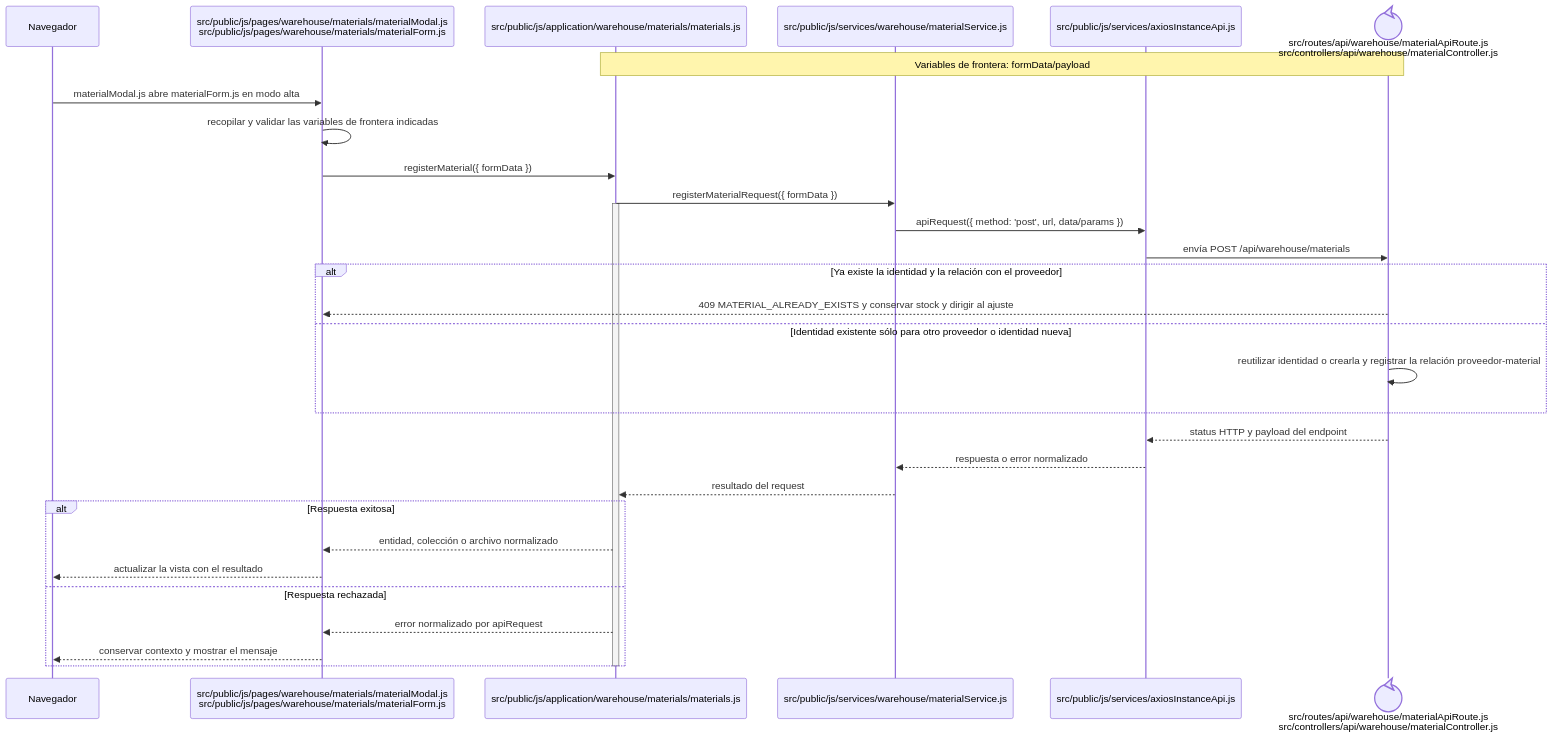
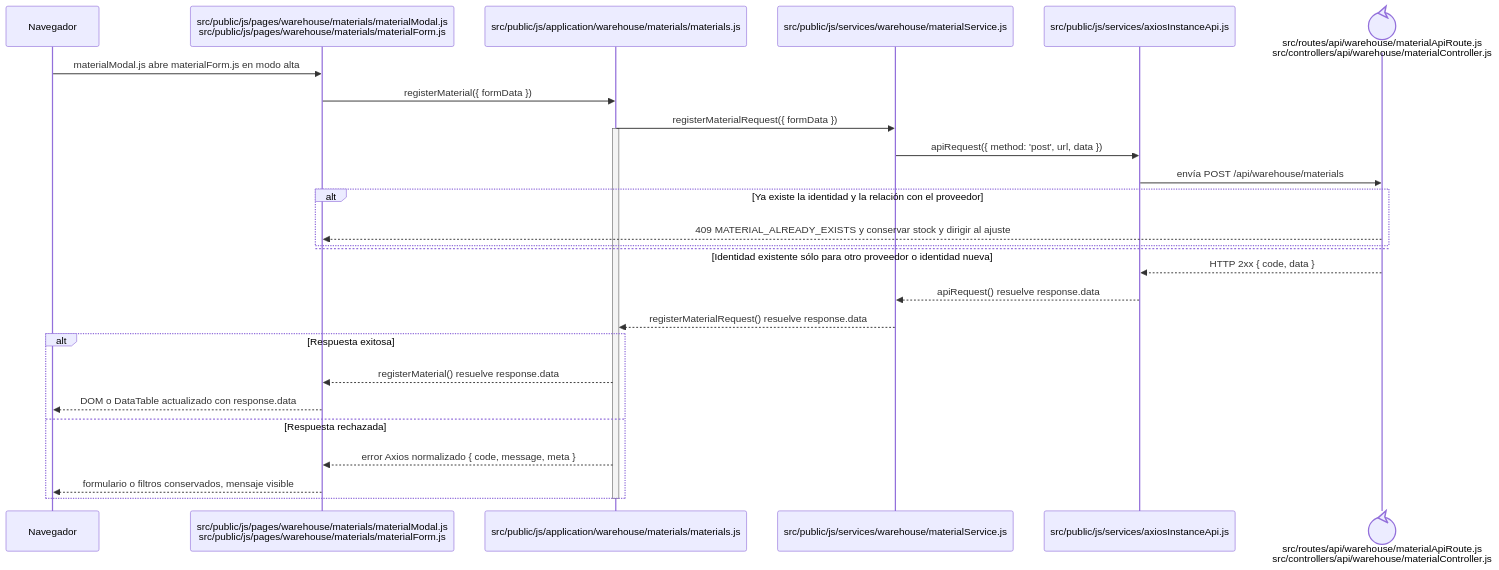
Before and after one commit to gpgsistemas01/nexus: the diagram in docs/architecture/frontend-code-sequences/catalogs/cu-alm-02.md, drawn with Mermaid. The commit also changed 148 other files, not shown here.

````diff
--- a/docs/architecture/frontend-code-sequences/catalogs/cu-alm-02.md
+++ b/docs/architecture/frontend-code-sequences/catalogs/cu-alm-02.md
@@ -6,34 +6,31 @@
 ```mermaid
 sequenceDiagram
     participant Browser as Navegador
     participant View as src/public/js/pages/warehouse/materials/materialModal.js<br/>src/public/js/pages/warehouse/materials/materialForm.js
     participant Application as src/public/js/application/warehouse/materials/materials.js
     participant Request as src/public/js/services/warehouse/materialService.js
     participant HTTP as src/public/js/services/axiosInstanceApi.js
     participant Transport@{ "type": "control" } as src/routes/api/warehouse/materialApiRoute.js<br/>src/controllers/api/warehouse/materialController.js
-    Note over Application,Transport: Variables de frontera: formData/payload
 
     Browser->>View: materialModal.js abre materialForm.js en modo alta
-    View->>View: recopilar y validar las variables de frontera indicadas
     View->>Application: registerMaterial({ formData })
     Application->>Request: registerMaterialRequest({ formData })
     activate Application
-    Request->>HTTP: apiRequest({ method: 'post', url, data/params })
+    Request->>HTTP: apiRequest({ method: 'post', url, data })
     HTTP->>Transport: envía POST /api/warehouse/materials
     alt Ya existe la identidad y la relación con el proveedor
         Transport-->>View: 409 MATERIAL_ALREADY_EXISTS y conservar stock y dirigir al ajuste
     else Identidad existente sólo para otro proveedor o identidad nueva
-        Transport->>Transport: reutilizar identidad o crearla y registrar la relación proveedor-material
     end
-    Transport-->>HTTP: status HTTP y payload del endpoint
-    HTTP-->>Request: respuesta o error normalizado
-    Request-->>Application: resultado del request
+    Transport-->>HTTP: HTTP 2xx { code, data }
+    HTTP-->>Request: apiRequest() resuelve response.data
+    Request-->>Application: registerMaterialRequest() resuelve response.data
     alt Respuesta exitosa
-        Application-->>View: entidad, colección o archivo normalizado
-        View-->>Browser: actualizar la vista con el resultado
+        Application-->>View: registerMaterial() resuelve response.data
+        View-->>Browser: DOM o DataTable actualizado con response.data
     else Respuesta rechazada
-        Application-->>View: error normalizado por apiRequest
-        View-->>Browser: conservar contexto y mostrar el mensaje
+        Application-->>View: error Axios normalizado { code, message, meta }
+        View-->>Browser: formulario o filtros conservados, mensaje visible
     end
     deactivate Application
 ```
````
